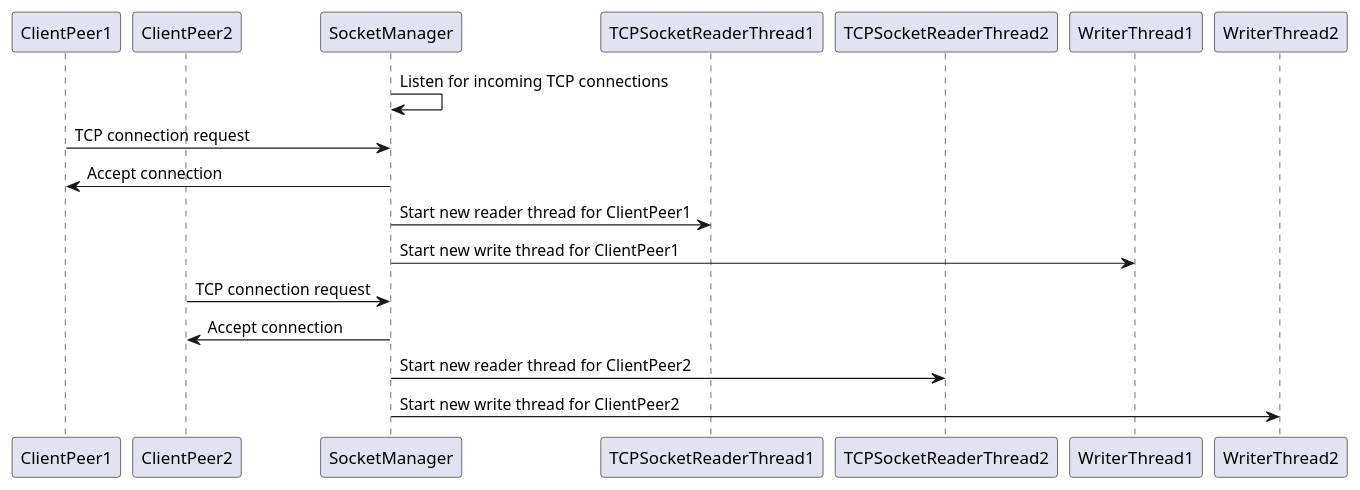
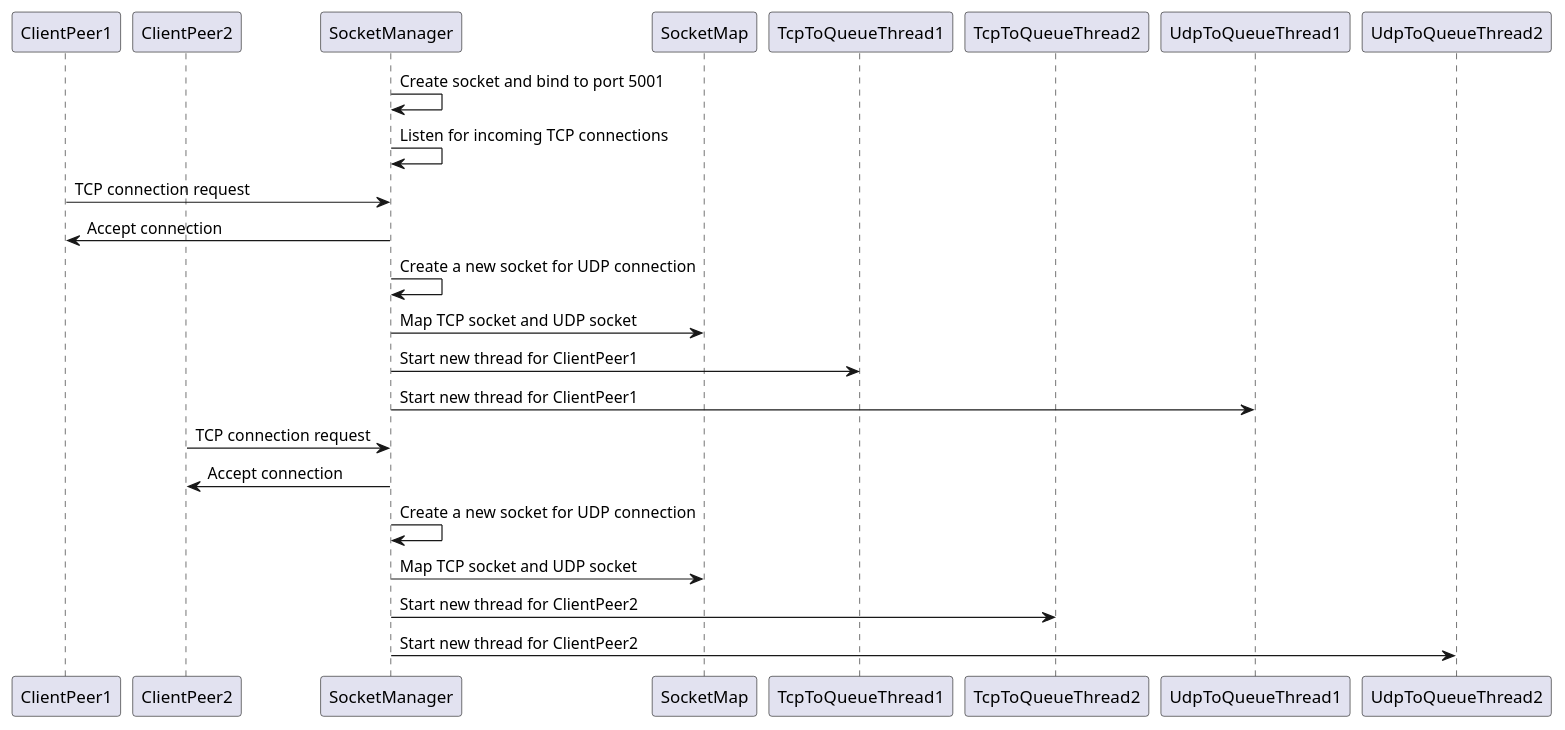
One commit to xiguichen/tcpudp changed the first of 5 diagrams in doc/server.md. Above: the diagram before and after it, drawn with PlantUML. The commit also changed other lines of this file, not shown here.

```diff
--- a/doc/server.md
+++ b/doc/server.md
@@ -5,22 +5,28 @@
 @startuml
 participant ClientPeer1
 participant ClientPeer2
 participant SocketManager
-participant TCPSocketReaderThread1
-participant TCPSocketReaderThread2
-participant WriterThread1
-participant WriterThread2
+participant SocketMap
+participant TcpToQueueThread1
+participant TcpToQueueThread2
+participant UdpToQueueThread1
+participant UdpToQueueThread2
 
+SocketManager -> SocketManager: Create socket and bind to port 5001
 SocketManager -> SocketManager: Listen for incoming TCP connections
 
 ClientPeer1 -> SocketManager: TCP connection request
 SocketManager -> ClientPeer1: Accept connection
-SocketManager -> TCPSocketReaderThread1: Start new reader thread for ClientPeer1
-SocketManager -> WriterThread1: Start new write thread for ClientPeer1
+SocketManager -> SocketManager: Create a new socket for UDP connection
+SocketManager -> SocketMap: Map TCP socket and UDP socket
+SocketManager -> TcpToQueueThread1: Start new thread for ClientPeer1
+SocketManager -> UdpToQueueThread1: Start new thread for ClientPeer1
 
 ClientPeer2 -> SocketManager: TCP connection request
 SocketManager -> ClientPeer2: Accept connection
-SocketManager -> TCPSocketReaderThread2: Start new reader thread for ClientPeer2
-SocketManager -> WriterThread2: Start new write thread for ClientPeer2
+SocketManager -> SocketManager: Create a new socket for UDP connection
+SocketManager -> SocketMap: Map TCP socket and UDP socket
+SocketManager -> TcpToQueueThread2: Start new thread for ClientPeer2
+SocketManager -> UdpToQueueThread2: Start new thread for ClientPeer2
 
 @enduml
```
